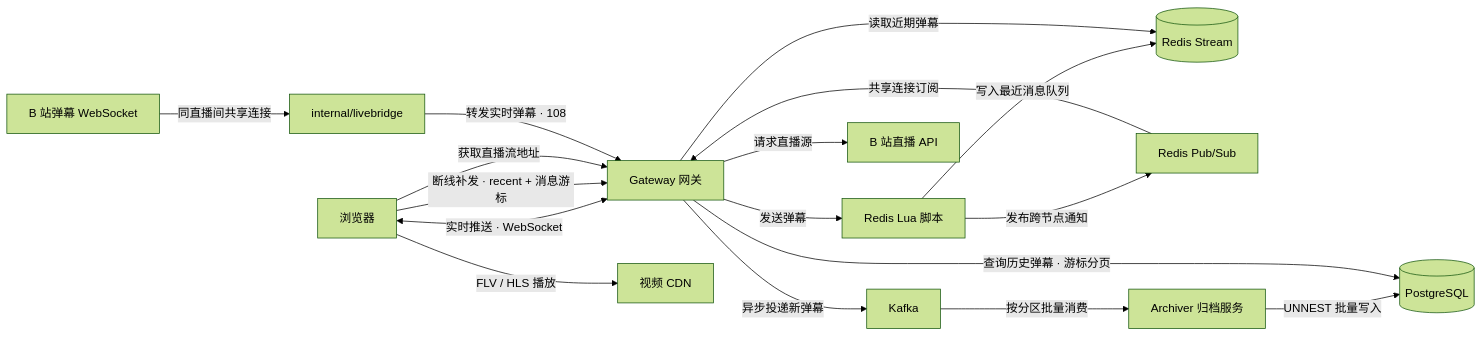
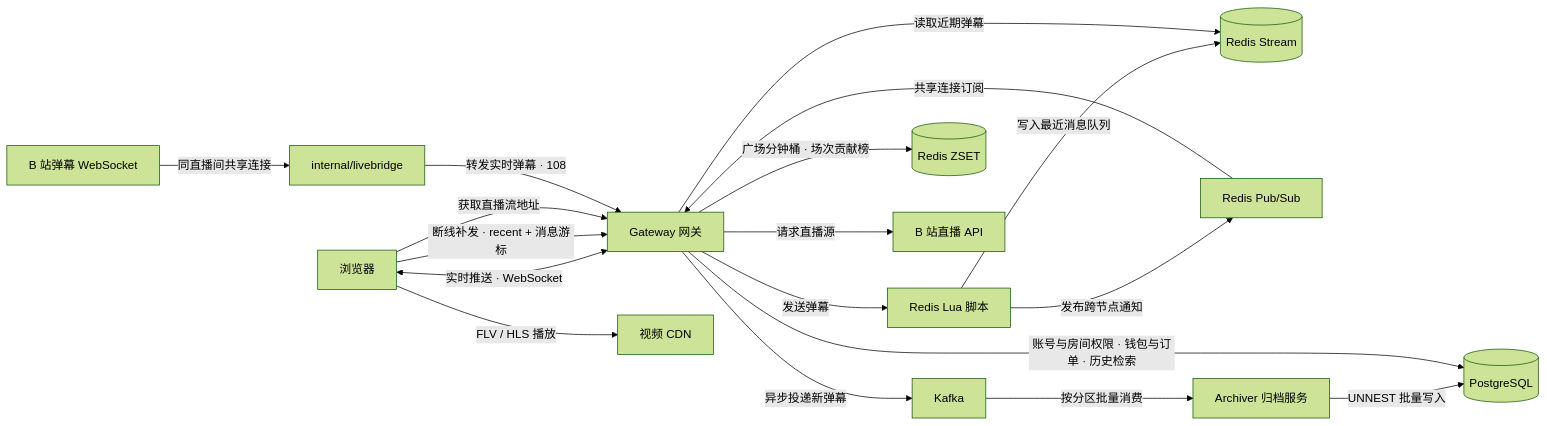
The diagram in README.md (SctHy/live-stream-danmaku), drawn with Mermaid (forest theme) before and after one commit. The commit also changed other lines of this file and 1 other file, not shown here.

````diff
--- a/README.md
+++ b/README.md
@@ -13,19 +13,20 @@
 ```mermaid
 flowchart LR
     B[浏览器] <-->|实时推送 · WebSocket| G[Gateway 网关]
     G -->|发送弹幕| L[Redis Lua 脚本]
     L -->|写入最近消息队列| S[(Redis Stream)]
     L -->|发布跨节点通知| R[Redis Pub/Sub]
     R -->|共享连接订阅| G
     B -->|断线补发 · recent + 消息游标| G
     G -->|读取近期弹幕| S
     G -->|异步投递新弹幕| K[Kafka]
     K -->|按分区批量消费| A[Archiver 归档服务]
     A -->|UNNEST 批量写入| P[(PostgreSQL)]
-    G -->|查询历史弹幕 · 游标分页| P
+    G -->|账号与房间权限 · 钱包与订单 · 历史检索| P
+    G -->|广场分钟桶 · 场次贡献榜| Z[(Redis ZSET)]
     B -->|获取直播流地址| G
     G -->|请求直播源| U[B 站直播 API]
     W[B 站弹幕 WebSocket] -->|同直播间共享连接| LB[internal/livebridge]
     LB -->|转发实时弹幕 · 108| G
     B -->|FLV / HLS 播放| CDN[视频 CDN]
 ```
````
